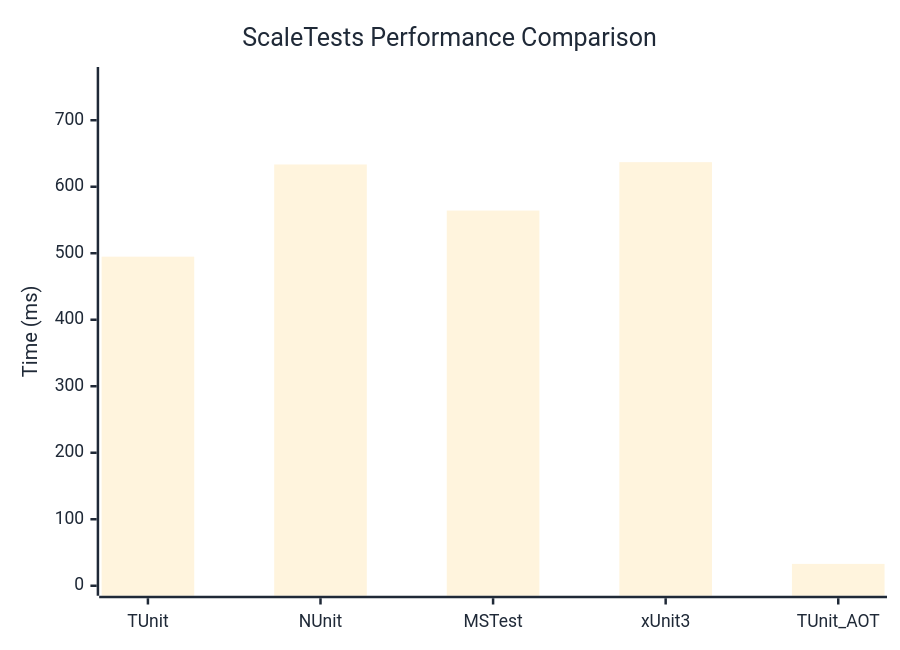
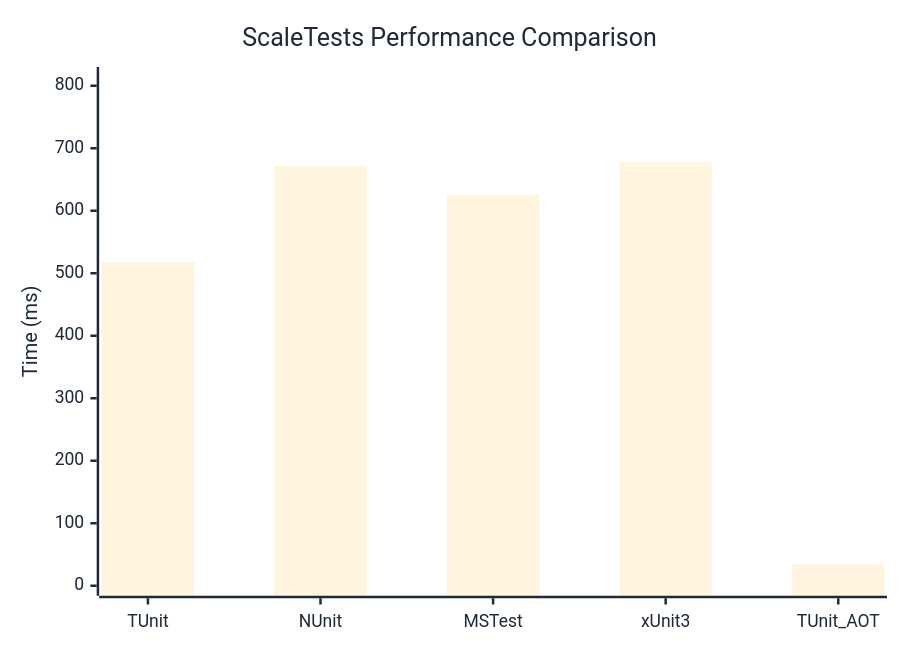
One commit to thomhurst/TUnit changed the diagram in docs/docs/benchmarks/ScaleTests.md. Above: the diagram before and after it, drawn with Mermaid. The commit also changed other lines of this file and 17 other files, not shown here.

````diff
--- a/docs/docs/benchmarks/ScaleTests.md
+++ b/docs/docs/benchmarks/ScaleTests.md
@@ -27,37 +27,37 @@
 ```mermaid
 %%{init: {
   'theme':'base',
   'themeVariables': {
     'primaryColor': '#2563eb',
     'primaryTextColor': '#1f2937',
     'primaryBorderColor': '#1e40af',
     'lineColor': '#6b7280',
     'secondaryColor': '#7c3aed',
     'tertiaryColor': '#dc2626',
     'background': '#ffffff',
     'mainBkg': '#2563eb',
     'secondBkg': '#7c3aed',
     'tertiaryBkg': '#dc2626',
     'clusterBkg': '#f3f4f6',
     'edgeLabelBackground': '#ffffff',
     'tertiaryTextColor': '#1f2937',
     'pie1': '#2563eb',
     'pie2': '#7c3aed',
     'pie3': '#dc2626',
     'pie4': '#f59e0b',
     'pie5': '#10b981',
     'pie6': '#06b6d4',
     'pie7': '#ec4899',
     'pie8': '#6366f1',
     'pie9': '#84cc16',
     'pie10': '#f97316',
     'pie11': '#14b8a6',
     'pie12': '#a855f7'
   }
 }}%%
 xychart-beta
   title "ScaleTests Performance Comparison"
   x-axis ["TUnit", "NUnit", "MSTest", "xUnit3", "TUnit_AOT"]
-  y-axis "Time (ms)" 0 --> 765
-  bar [494.84, 633.47, 564.19, 636.95, 32.87]
+  y-axis "Time (ms)" 0 --> 814
+  bar [517.48, 671.95, 625.93, 677.67, 34.1]
 ```
````
